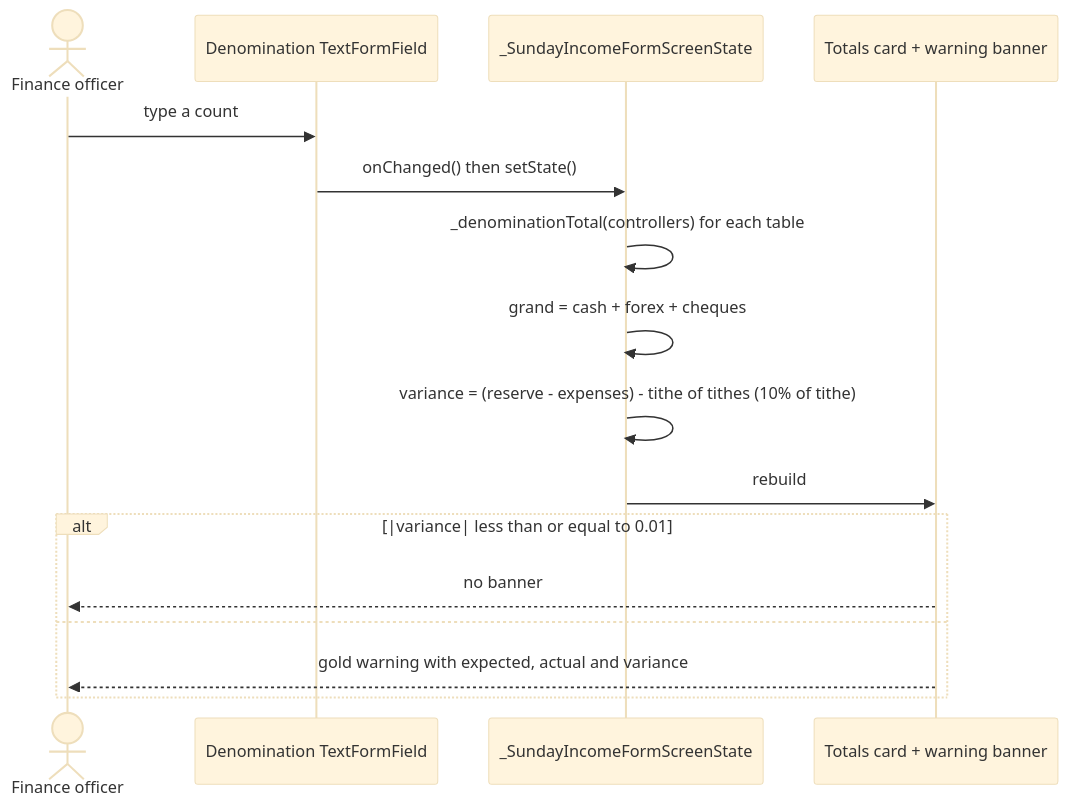
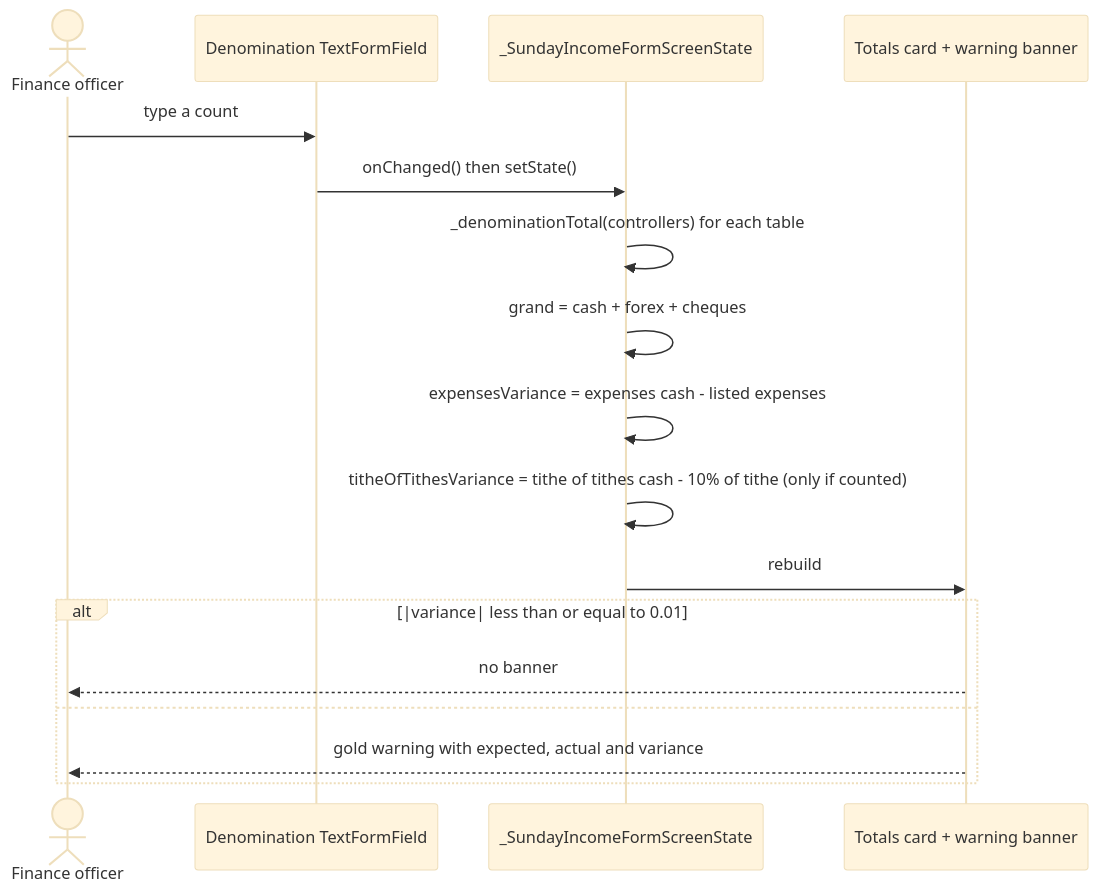
Before and after one commit to kasondebbuku-spec/Lukulu-Bread-of-Life-Church: diagram 12 of 12 in docs/SEQUENCE_DIAGRAMS.md, drawn with Mermaid (base theme). The commit also changed 17 other files, not shown here.

First line of the commit message:
Keep the tithe of tithes and the expenses separate on the income form

````diff
--- a/docs/SEQUENCE_DIAGRAMS.md
+++ b/docs/SEQUENCE_DIAGRAMS.md
@@ -339,19 +339,20 @@
 ```mermaid
 sequenceDiagram
     actor F as Finance officer
     participant Tf as Denomination TextFormField
     participant State as _SundayIncomeFormScreenState
     participant UI as Totals card + warning banner
 
     F->>Tf: type a count
     Tf->>State: onChanged() then setState()
     State->>State: _denominationTotal(controllers) for each table
     State->>State: grand = cash + forex + cheques
-    State->>State: variance = (reserve - expenses) - tithe of tithes (10% of tithe)
+    State->>State: expensesVariance = expenses cash - listed expenses
+    State->>State: titheOfTithesVariance = tithe of tithes cash - 10% of tithe (only if counted)
     State->>UI: rebuild
     alt |variance| less than or equal to 0.01
         UI-->>F: no banner
     else
         UI-->>F: gold warning with expected, actual and variance
     end
 ```
````
